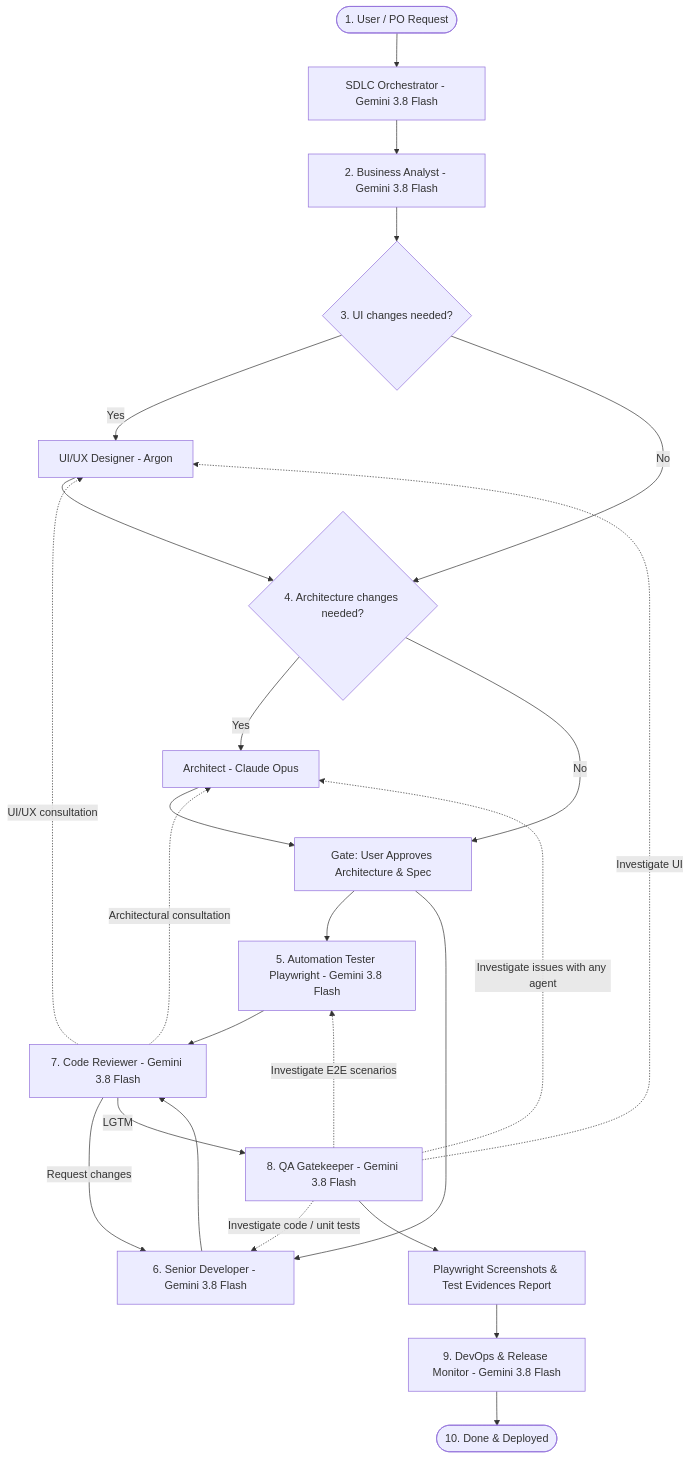
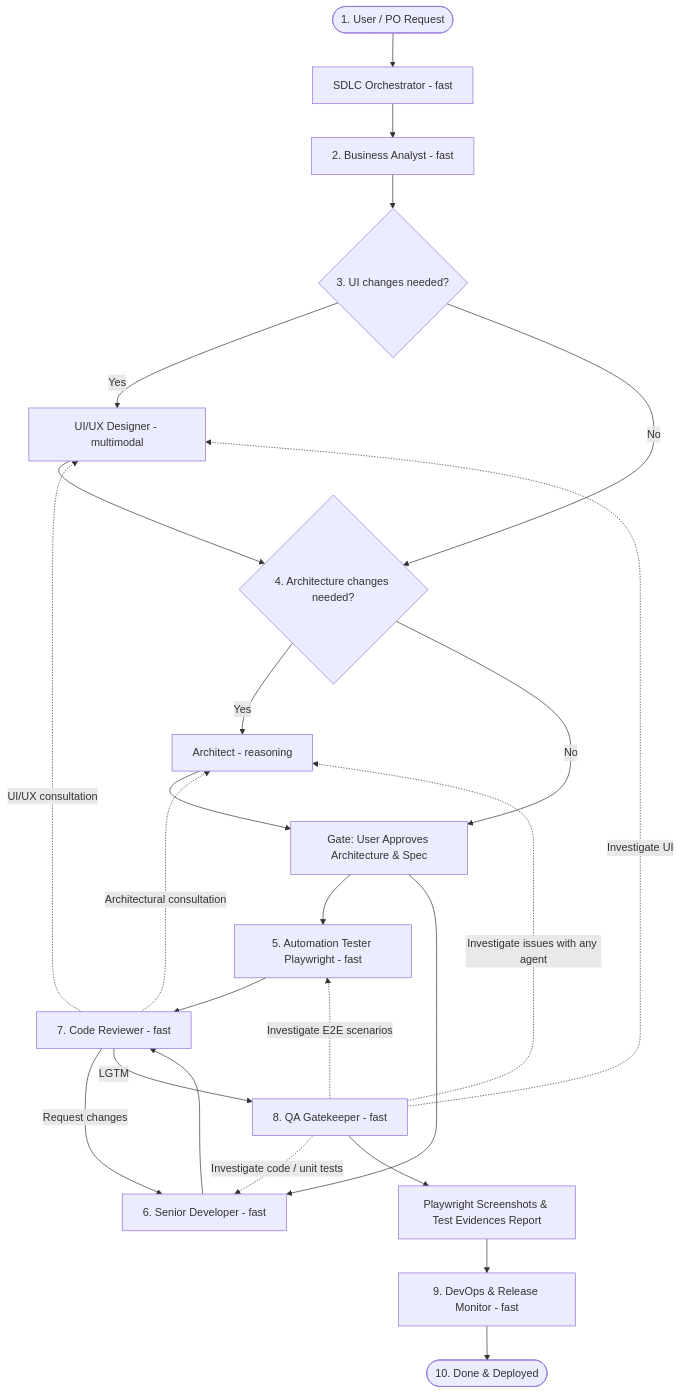
One commit to AdamBoczula/budget-fort-pwa changed the diagram in docs/specs/01-spec-workflow.md. Above: the diagram before and after it, drawn with Mermaid. The commit also changed other lines of this file and 126 other files, not shown here.

````diff
--- a/docs/specs/01-spec-workflow.md
+++ b/docs/specs/01-spec-workflow.md
@@ -30,29 +30,29 @@
 ```mermaid
 flowchart TD
-    User([1. User / PO Request]) --> Orch[SDLC Orchestrator - Gemini 3.8 Flash]
-    Orch --> BA[2. Business Analyst - Gemini 3.8 Flash]
+    User([1. User / PO Request]) --> Orch[SDLC Orchestrator - fast]
+    Orch --> BA[2. Business Analyst - fast]
     BA --> UXCheck{3. UI changes needed?}
-    UXCheck -- Yes --> UX[UI/UX Designer - Argon]
+    UXCheck -- Yes --> UX[UI/UX Designer - multimodal]
     UXCheck -- No --> ArchCheck{4. Architecture changes needed?}
     UX --> ArchCheck
-    ArchCheck -- Yes --> Arch[Architect - Claude Opus]
+    ArchCheck -- Yes --> Arch[Architect - reasoning]
     ArchCheck -- No --> Gate2[Gate: User Approves Architecture & Spec]
     Arch --> Gate2
-    Gate2 --> Tester[5. Automation Tester Playwright - Gemini 3.8 Flash]
-    Gate2 --> Dev[6. Senior Developer - Gemini 3.8 Flash]
-    Tester --> Reviewer[7. Code Reviewer - Gemini 3.8 Flash]
+    Gate2 --> Tester[5. Automation Tester Playwright - fast]
+    Gate2 --> Dev[6. Senior Developer - fast]
+    Tester --> Reviewer[7. Code Reviewer - fast]
     Dev --> Reviewer
 
     Reviewer -.->|Architectural consultation| Arch
     Reviewer -.->|UI/UX consultation| UX
     Reviewer -->|Request changes| Dev
-    Reviewer -->|LGTM| QA[8. QA Gatekeeper - Gemini 3.8 Flash]
+    Reviewer -->|LGTM| QA[8. QA Gatekeeper - fast]
 
     QA -.->|Investigate issues with any agent| Arch
     QA -.->|Investigate UI| UX
     QA -.->|Investigate code / unit tests| Dev
     QA -.->|Investigate E2E scenarios| Tester
     QA --> Evidences[Playwright Screenshots & Test Evidences Report]
-    Evidences --> DevOps[9. DevOps & Release Monitor - Gemini 3.8 Flash]
+    Evidences --> DevOps[9. DevOps & Release Monitor - fast]
     DevOps --> Done([10. Done & Deployed])
 ```
````
